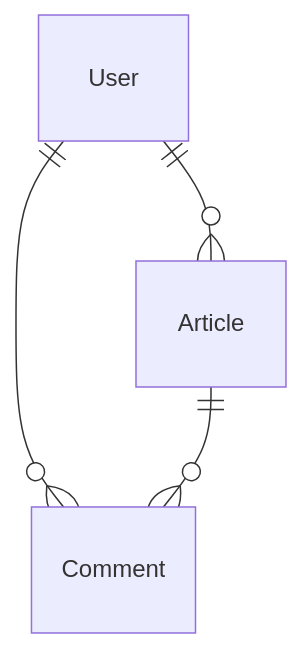
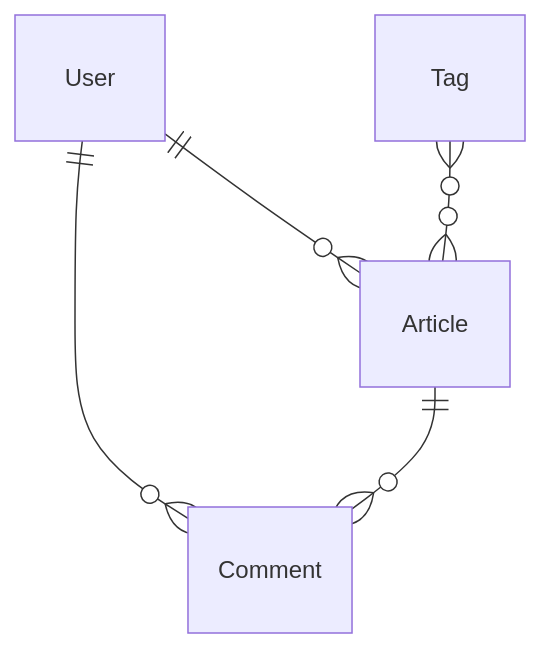
The diagram in laravel/final/_docs/erd.mermaid (simon-jaeger/sae-php-advanced), drawn with Mermaid before and after one commit. The commit also changed 21 other files, not shown here.

```diff
--- a/laravel/final/_docs/erd.mermaid
+++ b/laravel/final/_docs/erd.mermaid
@@ -1,4 +1,5 @@
 erDiagram
     User ||--o{ Article: ""
     User ||--o{ Comment: ""
     Article ||--o{ Comment: ""
+    Tag }o--o{ Article: ""
```
